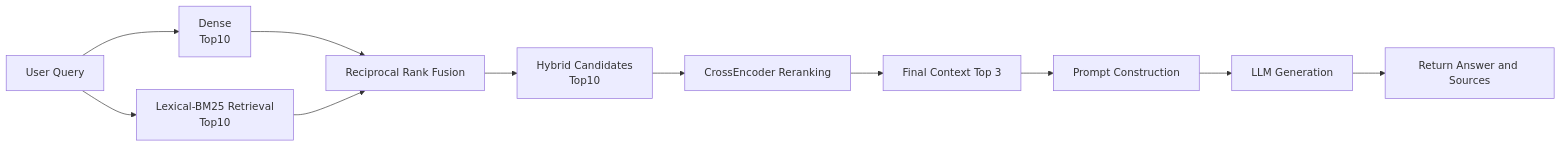
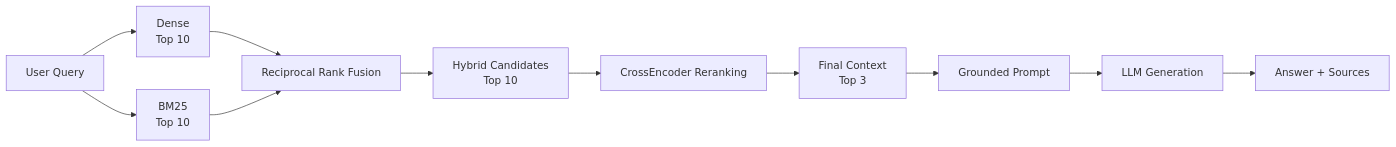
The second of 2 diagrams in README.md (ccrriss/study_notes), drawn with Mermaid before and after one commit. The commit also changed other lines of this file, not shown here.

````diff
--- a/README.md
+++ b/README.md
@@ -69,16 +96,16 @@
 ```mermaid
 flowchart LR
-    Query[User Query] --> DenseRetrieval[Dense<br/>Top10]
-    Query --> BM25Retrieval[Lexical-BM25 Retrieval<br/>Top10]
+    Query[User Query] --> DenseRetrieval[Dense<br/>Top 10]
+    Query --> BM25Retrieval[BM25<br/>Top 10]
 
     DenseRetrieval --> RRF[Reciprocal Rank Fusion]
     BM25Retrieval --> RRF
 
-    RRF --> Hybrid[Hybrid Candidates<br/>Top10]
+    RRF --> Hybrid[Hybrid Candidates<br/>Top 10]
     Hybrid --> Reranking[CrossEncoder Reranking]
-    Reranking --> Top3[Final Context Top 3]
+    Reranking --> Top3[Final Context<br/>Top 3]
 
-    Top3 --> Prompt[Prompt Construction]
+    Top3 --> Prompt[Grounded Prompt]
     Prompt --> LLM[LLM Generation]
-    LLM --> Results[Return Answer and Sources]
+    LLM --> Results[Answer + Sources]
 ```
````
